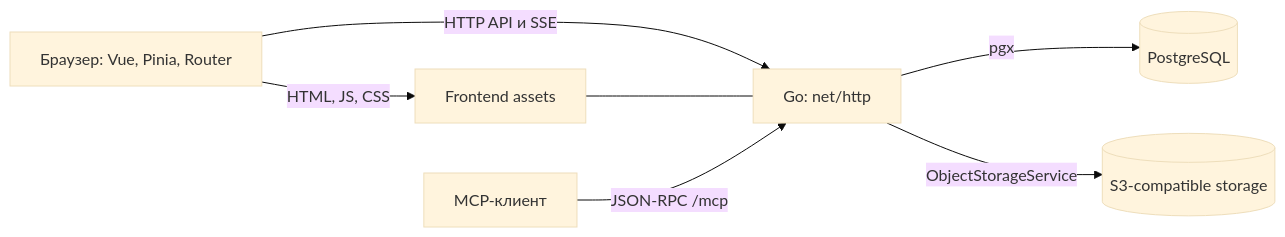
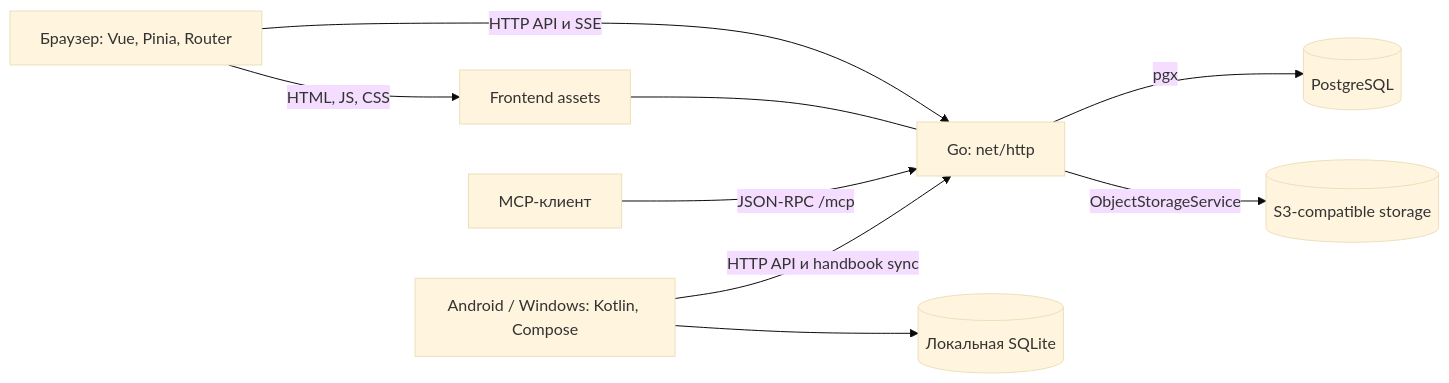
One commit to SylvieShare/dndShare changed the diagram in md/architecture.md. Above: the diagram before and after it, drawn with Mermaid (base theme). The commit also changed other lines of this file and 108 other files, not shown here.

Commit message:
Добавить нативные Android/Windows-клиенты и локальную синхронизацию справочника

````diff
--- a/md/architecture.md
+++ b/md/architecture.md
@@ -10,9 +17,11 @@
 ```mermaid
 flowchart LR
     Browser[Браузер: Vue, Pinia, Router] -->|HTTP API и SSE| Go[Go: net/http]
     Browser -->|HTML, JS, CSS| Assets[Frontend assets]
     Assets --- Go
     Client[MCP-клиент] -->|JSON-RPC /mcp| Go
+    Native[Android / Windows: Kotlin, Compose] -->|HTTP API и handbook sync| Go
+    Native --> LocalDB[(Локальная SQLite)]
     Go -->|pgx| DB[(PostgreSQL)]
     Go -->|ObjectStorageService| S3[(S3-compatible storage)]
 ```
````
